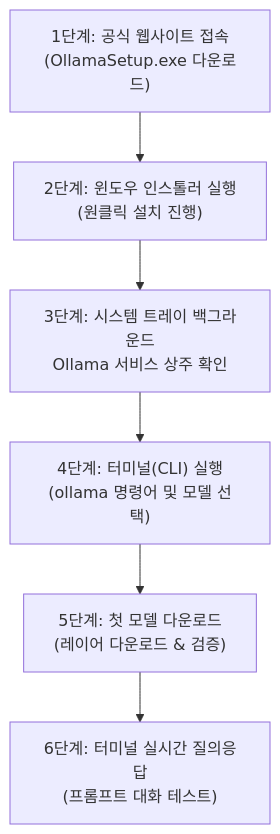
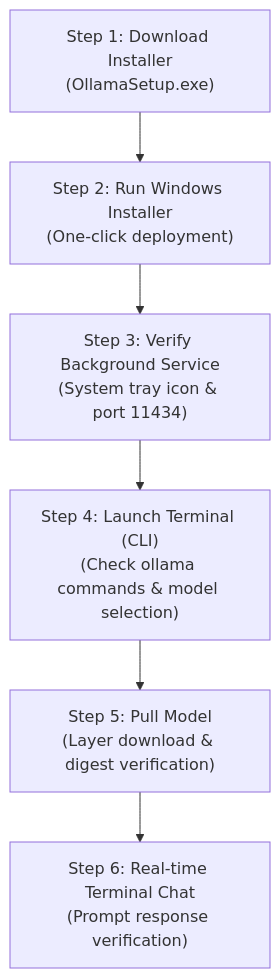
One commit to CheolKyunYU/cknotes changed the diagram in content/posts/ollama-02-windows-install-guide/index.en.md. Above: the diagram before and after it, drawn with Mermaid. The commit also changed other lines of this file and 40 other files, not shown here.

````diff
--- a/content/posts/ollama-02-windows-install-guide/index.en.md
+++ b/content/posts/ollama-02-windows-install-guide/index.en.md
@@ -38,8 +34,8 @@
 ```mermaid
 flowchart TD
-    Step1["1단계: 공식 웹사이트 접속<br/>(OllamaSetup.exe 다운로드)"] --> Step2["2단계: 윈도우 인스톨러 실행<br/>(원클릭 설치 진행)"]
-    Step2 --> Step3["3단계: 시스템 트레이 백그라운드<br/>Ollama 서비스 상주 확인"]
-    Step3 --> Step4["4단계: 터미널(CLI) 실행<br/>(ollama 명령어 및 모델 선택)"]
-    Step4 --> Step5["5단계: 첫 모델 다운로드<br/>(레이어 다운로드 & 검증)"]
-    Step5 --> Step6["6단계: 터미널 실시간 질의응답<br/>(프롬프트 대화 테스트)"]
+    Step1["Step 1: Download Installer<br/>(OllamaSetup.exe)"] --> Step2["Step 2: Run Windows Installer<br/>(One-click deployment)"]
+    Step2 --> Step3["Step 3: Verify Background Service<br/>(System tray icon & port 11434)"]
+    Step3 --> Step4["Step 4: Launch Terminal (CLI)<br/>(Check ollama commands & model selection)"]
+    Step4 --> Step5["Step 5: Pull Model<br/>(Layer download & digest verification)"]
+    Step5 --> Step6["Step 6: Real-time Terminal Chat<br/>(Prompt response verification)"]
 ```
````
